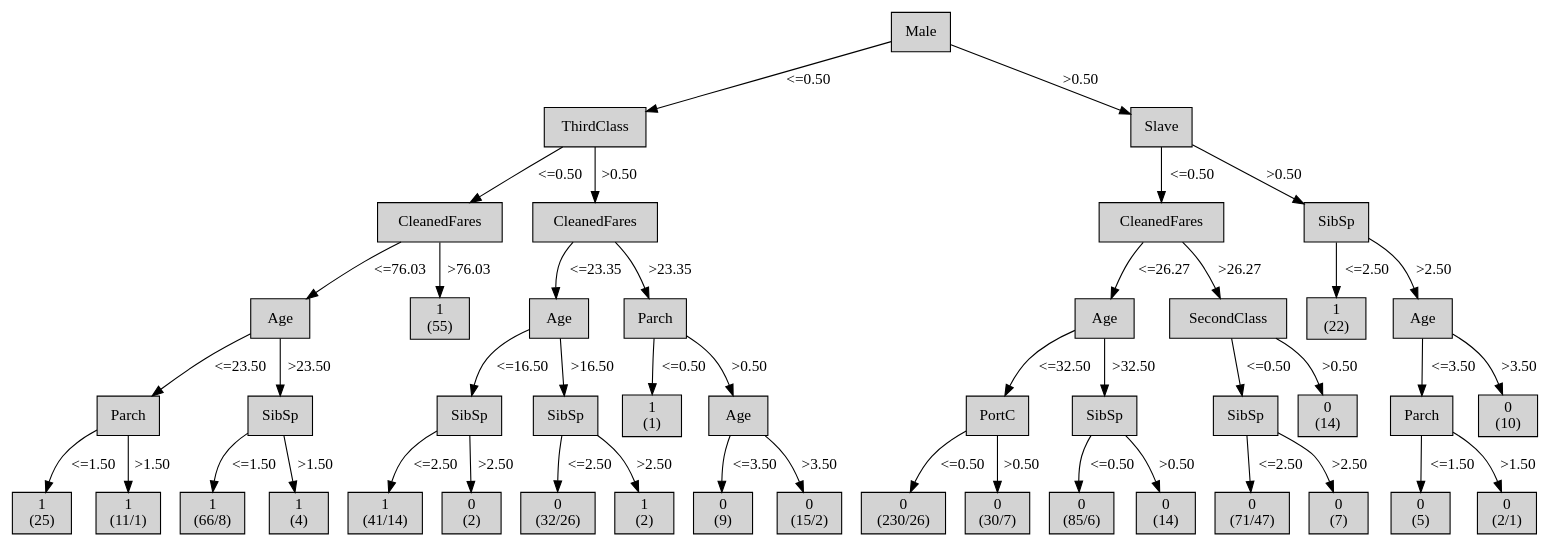
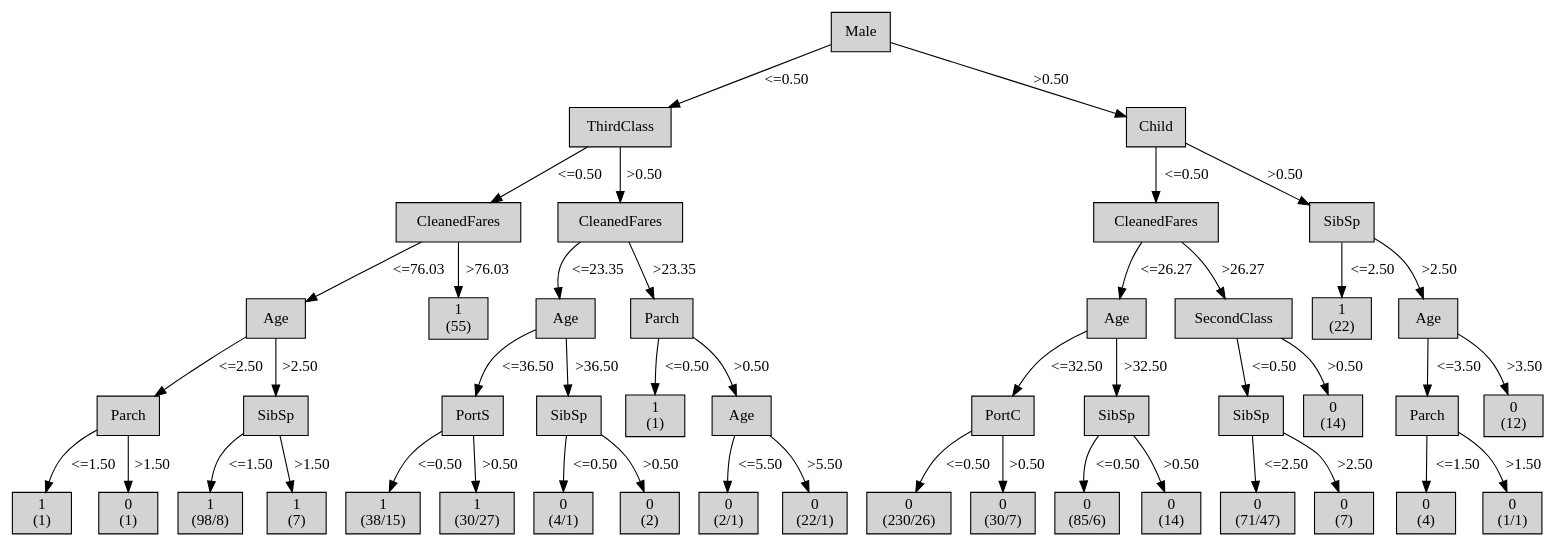
The diagram in output/tree-generator-5/tree.dot (mklb/BI-Python3), drawn with Graphviz before and after one commit. The commit also changed 14 other files, not shown here.

Commit message:
slave -> child

```diff
--- a/output/tree-generator-5/tree.dot
+++ b/output/tree-generator-5/tree.dot
@@ -1,165 +1,165 @@
 digraph ID3_Tree {
 "0" [shape=box, style=filled, label="Male
 ", weight=1]
 "1" [shape=box, style=filled, label="ThirdClass
 ", weight=2]
 0 -> 1 [ label = "<=0.50"];
 "2" [shape=box, style=filled, label="CleanedFares
 ", weight=3]
 1 -> 2 [ label = "<=0.50"];
 "3" [shape=box, style=filled, label="Age
 ", weight=4]
 2 -> 3 [ label = "<=76.03"];
 "4" [shape=box, style=filled, label="Parch
 ", weight=5]
-3 -> 4 [ label = "<=23.50"];
+3 -> 4 [ label = "<=2.50"];
 "5" [shape=box, style=filled, label="1
-(25)
+(1)
 ", weight=6]
 4 -> 5 [ label = "<=1.50"];
-"6" [shape=box, style=filled, label="1
-(11/1)
+"6" [shape=box, style=filled, label="0
+(1)
 ", weight=6]
 4 -> 6 [ label = ">1.50"];
 "7" [shape=box, style=filled, label="SibSp
 ", weight=5]
-3 -> 7 [ label = ">23.50"];
+3 -> 7 [ label = ">2.50"];
 "8" [shape=box, style=filled, label="1
-(66/8)
+(98/8)
 ", weight=6]
 7 -> 8 [ label = "<=1.50"];
 "9" [shape=box, style=filled, label="1
-(4)
+(7)
 ", weight=6]
 7 -> 9 [ label = ">1.50"];
 "10" [shape=box, style=filled, label="1
 (55)
 ", weight=4]
 2 -> 10 [ label = ">76.03"];
 "11" [shape=box, style=filled, label="CleanedFares
 ", weight=3]
 1 -> 11 [ label = ">0.50"];
 "12" [shape=box, style=filled, label="Age
 ", weight=4]
 11 -> 12 [ label = "<=23.35"];
-"13" [shape=box, style=filled, label="SibSp
+"13" [shape=box, style=filled, label="PortS
 ", weight=5]
-12 -> 13 [ label = "<=16.50"];
+12 -> 13 [ label = "<=36.50"];
 "14" [shape=box, style=filled, label="1
-(41/14)
+(38/15)
 ", weight=6]
-13 -> 14 [ label = "<=2.50"];
-"15" [shape=box, style=filled, label="0
+13 -> 14 [ label = "<=0.50"];
+"15" [shape=box, style=filled, label="1
+(30/27)
+", weight=6]
+13 -> 15 [ label = ">0.50"];
+"16" [shape=box, style=filled, label="SibSp
+", weight=5]
+12 -> 16 [ label = ">36.50"];
+"17" [shape=box, style=filled, label="0
+(4/1)
+", weight=6]
+16 -> 17 [ label = "<=0.50"];
+"18" [shape=box, style=filled, label="0
 (2)
 ", weight=6]
-13 -> 15 [ label = ">2.50"];
-"16" [shape=box, style=filled, label="SibSp
-", weight=5]
-12 -> 16 [ label = ">16.50"];
-"17" [shape=box, style=filled, label="0
-(32/26)
-", weight=6]
-16 -> 17 [ label = "<=2.50"];
-"18" [shape=box, style=filled, label="1
-(2)
-", weight=6]
-16 -> 18 [ label = ">2.50"];
+16 -> 18 [ label = ">0.50"];
 "19" [shape=box, style=filled, label="Parch
 ", weight=4]
 11 -> 19 [ label = ">23.35"];
 "20" [shape=box, style=filled, label="1
 (1)
 ", weight=5]
 19 -> 20 [ label = "<=0.50"];
 "21" [shape=box, style=filled, label="Age
 ", weight=5]
 19 -> 21 [ label = ">0.50"];
 "22" [shape=box, style=filled, label="0
-(9)
+(2/1)
 ", weight=6]
-21 -> 22 [ label = "<=3.50"];
+21 -> 22 [ label = "<=5.50"];
 "23" [shape=box, style=filled, label="0
-(15/2)
+(22/1)
 ", weight=6]
-21 -> 23 [ label = ">3.50"];
-"24" [shape=box, style=filled, label="Slave
+21 -> 23 [ label = ">5.50"];
+"24" [shape=box, style=filled, label="Child
 ", weight=2]
 0 -> 24 [ label = ">0.50"];
 "25" [shape=box, style=filled, label="CleanedFares
 ", weight=3]
 24 -> 25 [ label = "<=0.50"];
 "26" [shape=box, style=filled, label="Age
 ", weight=4]
 25 -> 26 [ label = "<=26.27"];
 "27" [shape=box, style=filled, label="PortC
 ", weight=5]
 26 -> 27 [ label = "<=32.50"];
 "28" [shape=box, style=filled, label="0
 (230/26)
 ", weight=6]
 27 -> 28 [ label = "<=0.50"];
 "29" [shape=box, style=filled, label="0
 (30/7)
 ", weight=6]
 27 -> 29 [ label = ">0.50"];
 "30" [shape=box, style=filled, label="SibSp
 ", weight=5]
 26 -> 30 [ label = ">32.50"];
 "31" [shape=box, style=filled, label="0
 (85/6)
 ", weight=6]
 30 -> 31 [ label = "<=0.50"];
 "32" [shape=box, style=filled, label="0
 (14)
 ", weight=6]
 30 -> 32 [ label = ">0.50"];
 "33" [shape=box, style=filled, label="SecondClass
 ", weight=4]
 25 -> 33 [ label = ">26.27"];
 "34" [shape=box, style=filled, label="SibSp
 ", weight=5]
 33 -> 34 [ label = "<=0.50"];
 "35" [shape=box, style=filled, label="0
 (71/47)
 ", weight=6]
 34 -> 35 [ label = "<=2.50"];
 "36" [shape=box, style=filled, label="0
 (7)
 ", weight=6]
 34 -> 36 [ label = ">2.50"];
 "37" [shape=box, style=filled, label="0
 (14)
 ", weight=5]
 33 -> 37 [ label = ">0.50"];
 "38" [shape=box, style=filled, label="SibSp
 ", weight=3]
 24 -> 38 [ label = ">0.50"];
 "39" [shape=box, style=filled, label="1
 (22)
 ", weight=4]
 38 -> 39 [ label = "<=2.50"];
 "40" [shape=box, style=filled, label="Age
 ", weight=4]
 38 -> 40 [ label = ">2.50"];
 "41" [shape=box, style=filled, label="Parch
 ", weight=5]
 40 -> 41 [ label = "<=3.50"];
 "42" [shape=box, style=filled, label="0
-(5)
+(4)
 ", weight=6]
 41 -> 42 [ label = "<=1.50"];
 "43" [shape=box, style=filled, label="0
-(2/1)
+(1/1)
 ", weight=6]
 41 -> 43 [ label = ">1.50"];
 "44" [shape=box, style=filled, label="0
-(10)
+(12)
 ", weight=5]
 40 -> 44 [ label = ">3.50"];
 {rank=same; 0;};
 {rank=same; 1;24;};
 {rank=same; 2;11;25;38;};
 {rank=same; 3;10;12;19;26;33;39;40;};
 {rank=same; 4;7;13;16;20;21;27;30;34;37;41;44;};
 {rank=same; 5;6;8;9;14;15;17;18;22;23;28;29;31;32;35;36;42;43;};
 }
```
